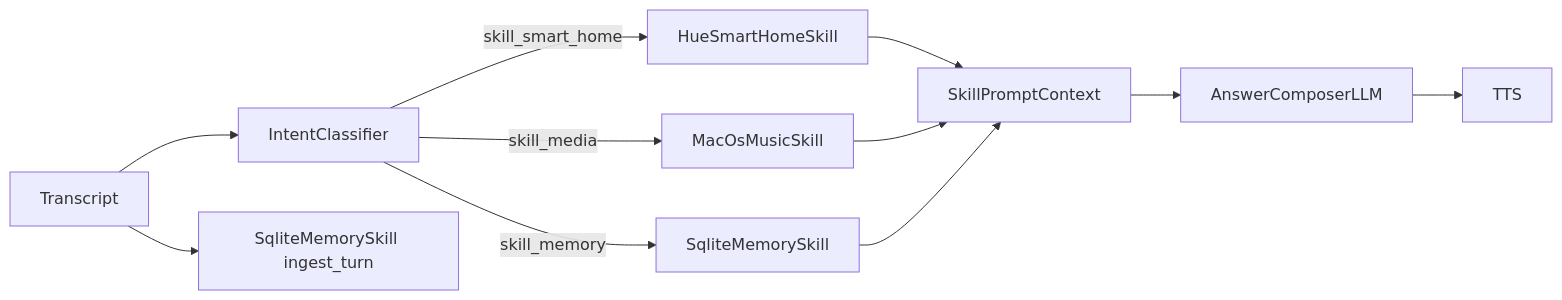
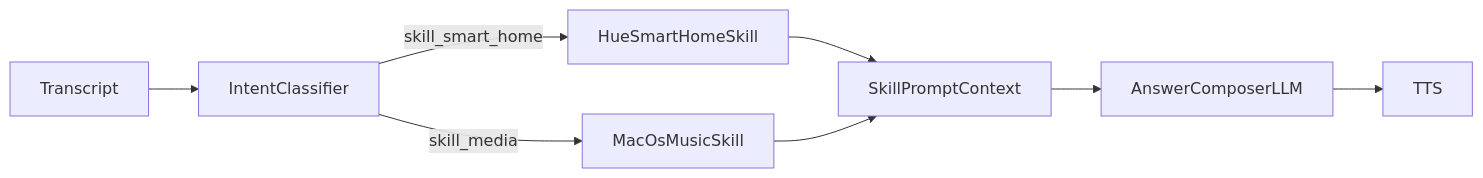
Diagram 11 of 16 in docs/architecture/README.md (AncientiCe/aice), drawn with Mermaid before and after one commit. The commit also changed other lines of this file and 9 other files, not shown here.

````diff
--- a/docs/architecture/README.md
+++ b/docs/architecture/README.md
@@ -345,13 +353,10 @@
 ```mermaid
 flowchart LR
     Transcript[Transcript] --> Intent[IntentClassifier]
     Intent -->|skill_smart_home| Hue[HueSmartHomeSkill]
     Intent -->|skill_media| Music[MacOsMusicSkill]
-    Intent -->|skill_memory| MemSkill[SqliteMemorySkill]
-    Transcript --> MemIngest[SqliteMemorySkill ingest_turn]
     Hue --> Prompt[SkillPromptContext]
     Music --> Prompt
-    MemSkill --> Prompt
     Prompt --> LLM[AnswerComposerLLM]
     LLM --> TTS[TTS]
 ```
````
